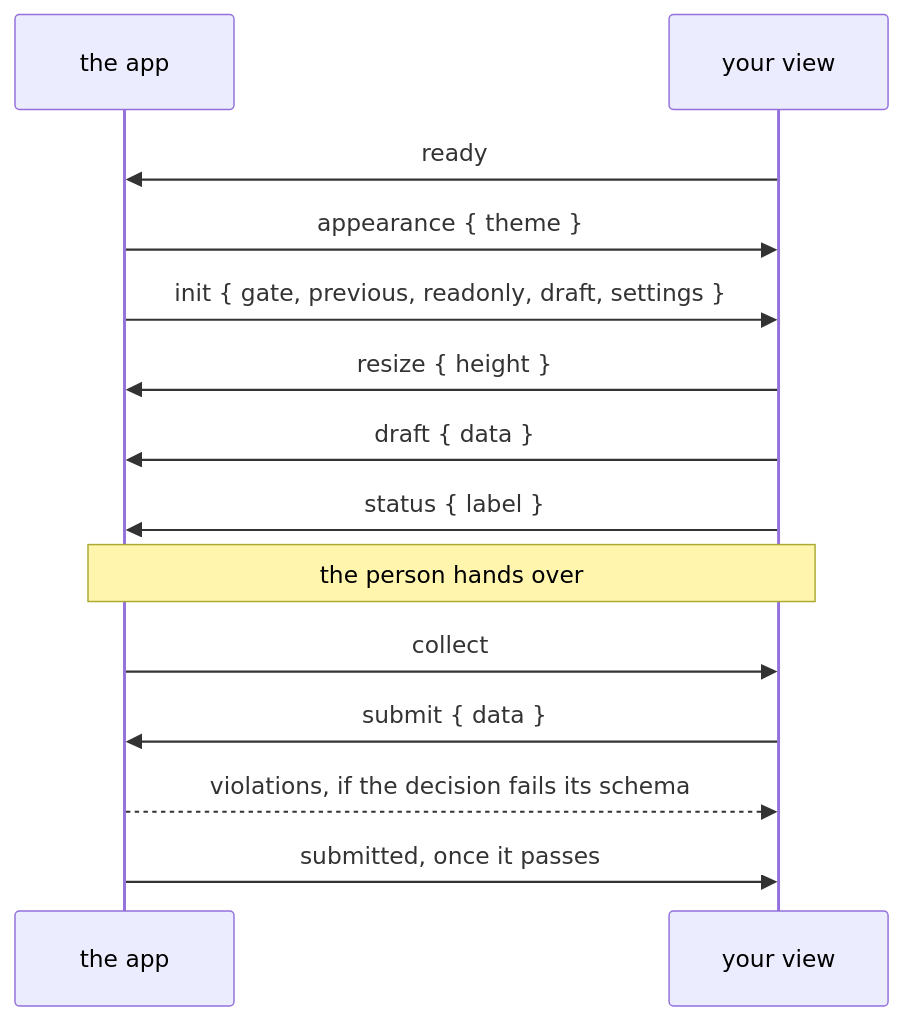
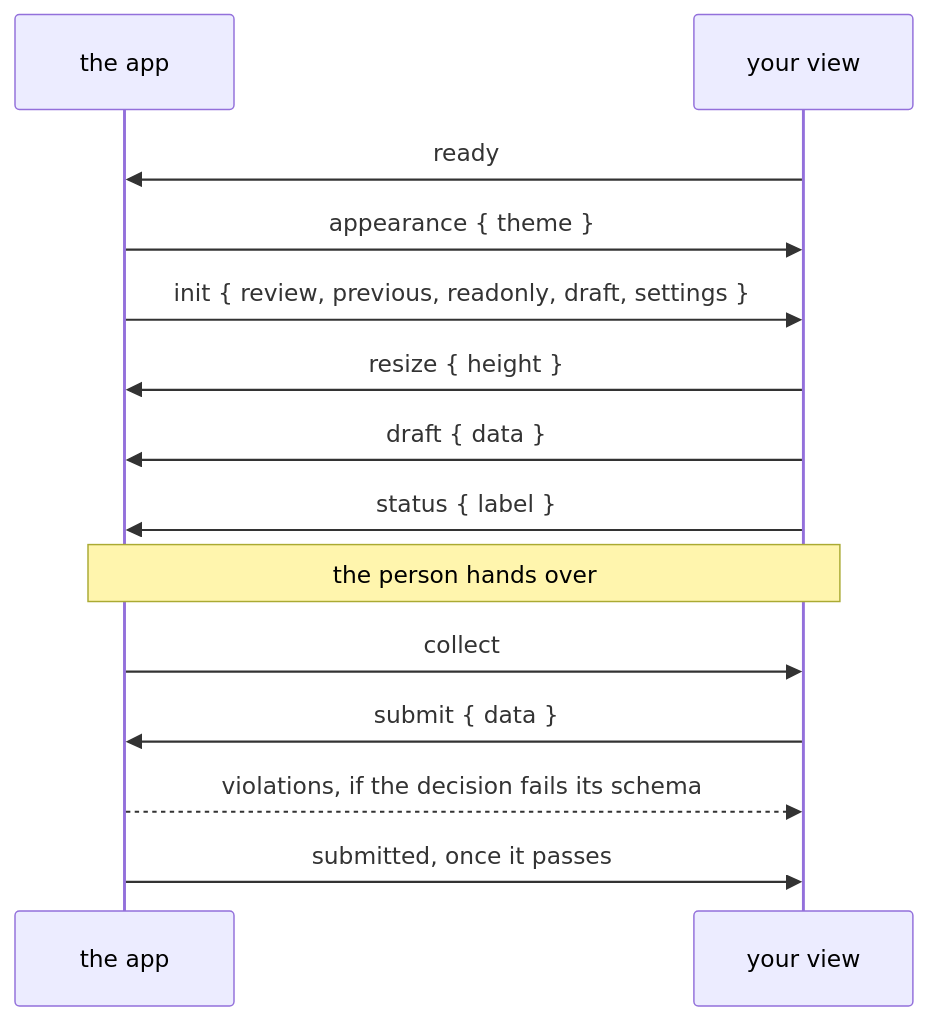
The diagram in docs/building/protocol.md (forgeplane/pinrail), drawn with Mermaid before and after one commit. The commit also changed other lines of this file and 64 other files, not shown here.

First line of the commit message:
Rename gate to review in the plugin protocol and SDK

````diff
--- a/docs/building/protocol.md
+++ b/docs/building/protocol.md
@@ -22,16 +22,16 @@
 ```mermaid title="A review's life, from the view's side"
 sequenceDiagram
   participant S as the app
   participant V as your view
   V->>S: ready
   S->>V: appearance { theme }
-  S->>V: init { gate, previous, readonly, draft, settings }
+  S->>V: init { review, previous, readonly, draft, settings }
   V->>S: resize { height }
   V->>S: draft { data }
   V->>S: status { label }
   Note over S,V: the person hands over
   S->>V: collect
   V->>S: submit { data }
   S-->>V: violations, if the decision fails its schema
   S->>V: submitted, once it passes
 ```
````
